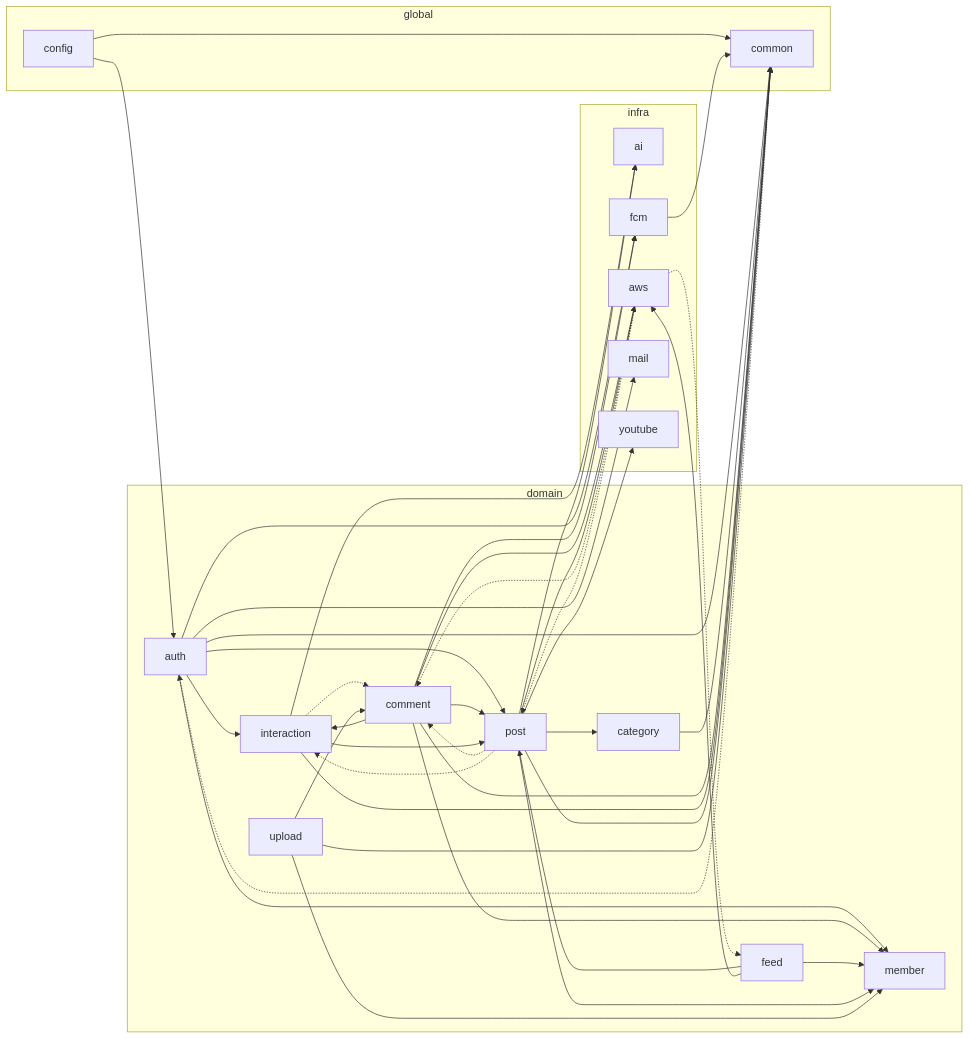
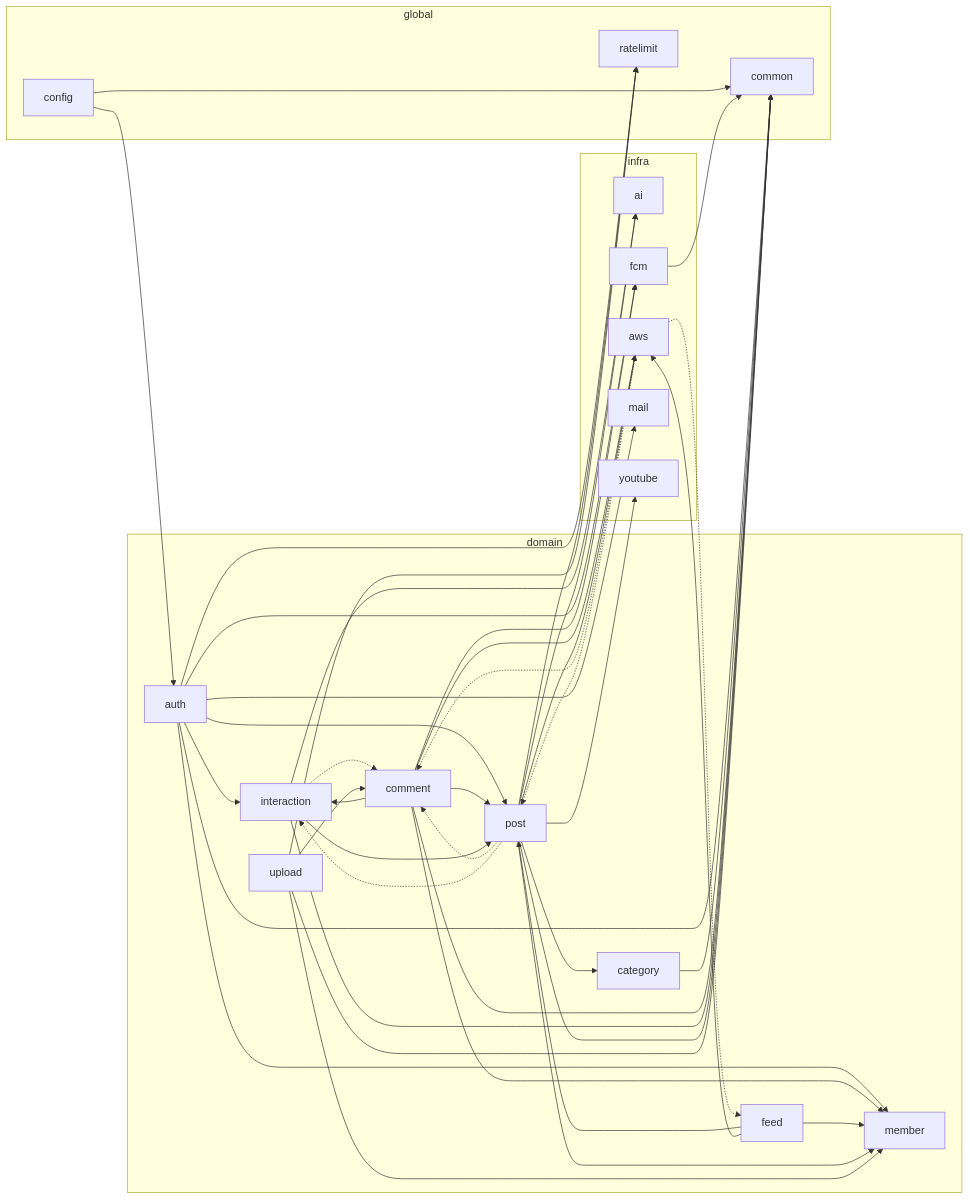
One commit to BAECHAN/link-sphere_BE_NEW changed the second of 4 diagrams in docs/BE-ARCHITECTURE.md. Above: the diagram before and after it, drawn with Mermaid. The commit also changed other lines of this file and 31 other files, not shown here.

First line of the commit message:
refactor(config): 레이트리밋 저장소를 global/ratelimit로 옮겨 auth 테이블 의존을 없앰 (#201)

````diff
--- a/docs/BE-ARCHITECTURE.md
+++ b/docs/BE-ARCHITECTURE.md
@@ -84,62 +85,65 @@
 ```mermaid
 flowchart LR
   subgraph domain
     domain_auth["auth"]
     domain_category["category"]
     domain_comment["comment"]
     domain_feed["feed"]
     domain_interaction["interaction"]
     domain_member["member"]
     domain_post["post"]
     domain_upload["upload"]
   end
   subgraph global
     global_common["common"]
     global_config["config"]
+    global_ratelimit["ratelimit"]
   end
   subgraph infra
     infra_ai["ai"]
     infra_aws["aws"]
     infra_fcm["fcm"]
     infra_mail["mail"]
     infra_youtube["youtube"]
   end
   domain_auth --> domain_interaction
   domain_auth --> domain_member
   domain_auth --> domain_post
   domain_auth --> global_common
+  domain_auth --> global_ratelimit
   domain_auth --> infra_fcm
   domain_auth --> infra_mail
   domain_category --> global_common
   domain_comment --> domain_interaction
   domain_comment --> domain_member
   domain_comment --> domain_post
   domain_comment --> global_common
   domain_comment --> infra_aws
   domain_comment --> infra_fcm
   domain_feed --> domain_member
   domain_feed --> domain_post
   domain_feed --> infra_aws
   domain_interaction -.-> domain_comment
   domain_interaction --> domain_post
   domain_interaction --> global_common
   domain_interaction --> infra_ai
   domain_post --> domain_category
   domain_post -.-> domain_comment
   domain_post -.-> domain_interaction
   domain_post --> domain_member
   domain_post --> global_common
+  domain_post --> global_ratelimit
   domain_post --> infra_ai
   domain_post --> infra_aws
   domain_post --> infra_youtube
   domain_upload --> domain_comment
   domain_upload --> domain_member
   domain_upload --> global_common
-  global_common -.-> domain_auth
+  domain_upload --> global_ratelimit
   global_config --> domain_auth
   global_config --> global_common
   infra_aws -.-> domain_comment
   infra_aws -.-> domain_feed
   infra_aws -.-> domain_post
   infra_fcm --> global_common
 ```
````
